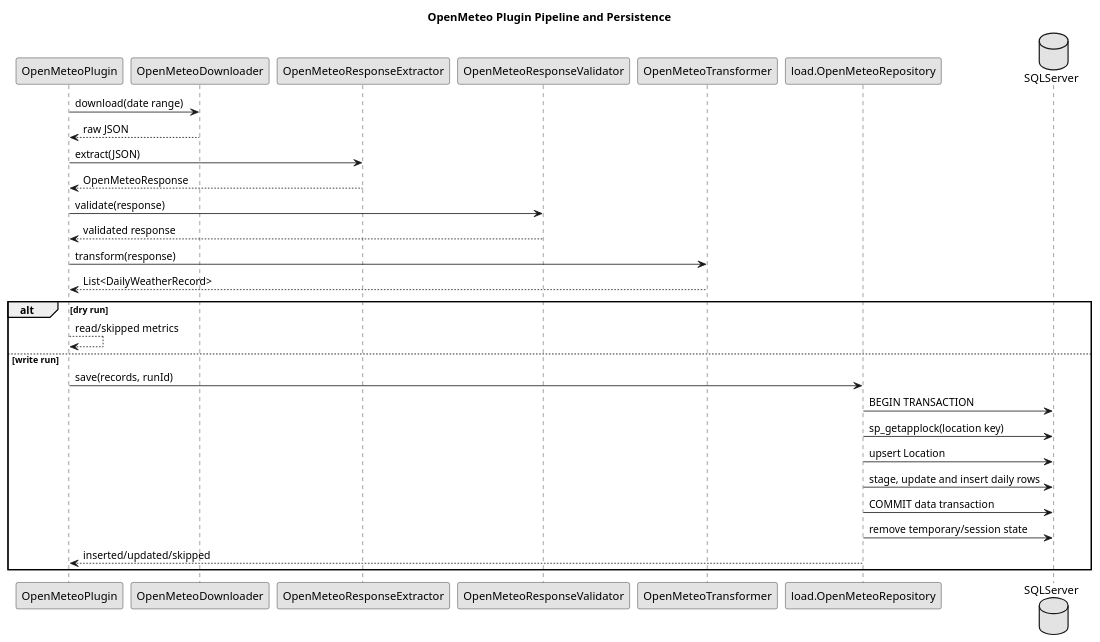
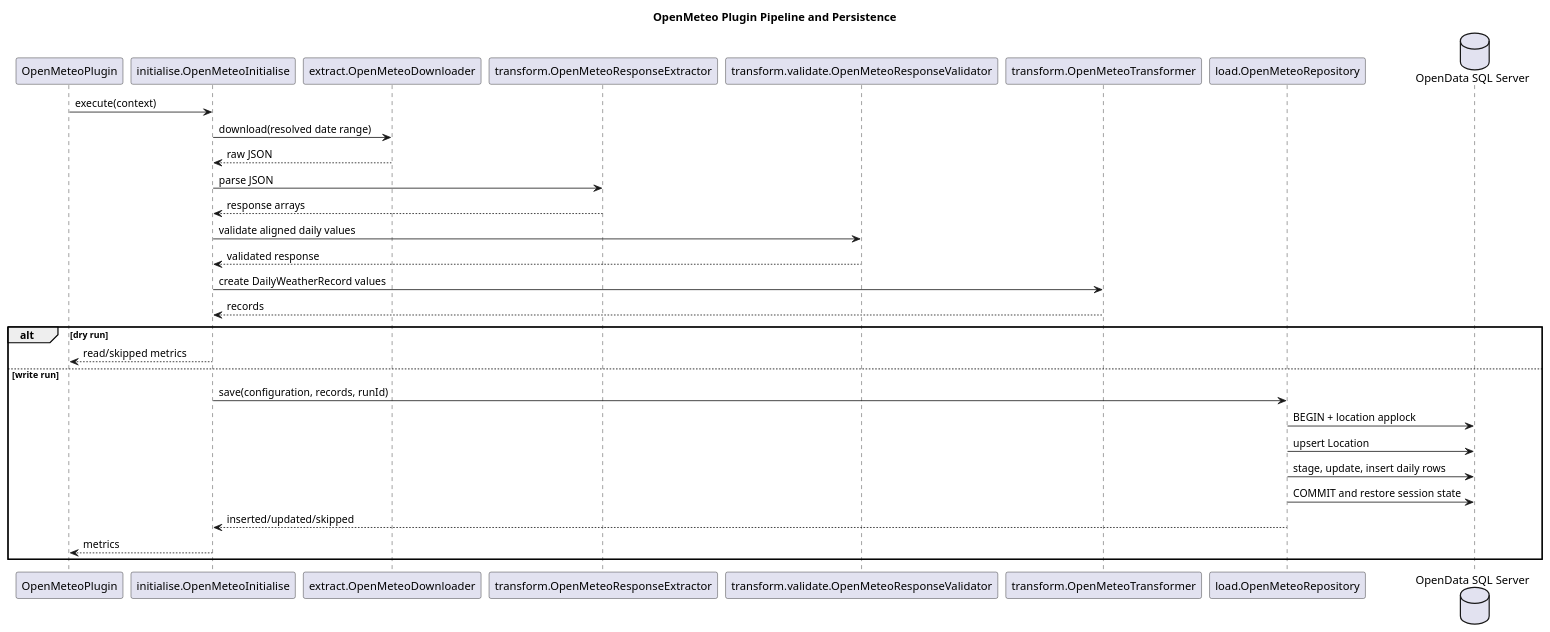
One commit to TerryCurranZellis/OpenData changed the diagram in docs/diagrams/source/openmeteo-persistence.puml. Above: the diagram before and after it, drawn with PlantUML. The commit also changed 46 other files, not shown here.

```diff
--- a/docs/diagrams/source/openmeteo-persistence.puml
+++ b/docs/diagrams/source/openmeteo-persistence.puml
@@ -1,32 +1,32 @@
 @startuml
-skinparam monochrome true
 title OpenMeteo Plugin Pipeline and Persistence
 participant OpenMeteoPlugin as Plugin
-participant OpenMeteoDownloader as Download
-participant OpenMeteoResponseExtractor as Extract
-participant OpenMeteoResponseValidator as Validate
-participant OpenMeteoTransformer as Transform
+participant "initialise.OpenMeteoInitialise" as Initialise
+participant "extract.OpenMeteoDownloader" as Download
+participant "transform.OpenMeteoResponseExtractor" as Extract
+participant "transform.validate.OpenMeteoResponseValidator" as Validate
+participant "transform.OpenMeteoTransformer" as Transform
 participant "load.OpenMeteoRepository" as Load
-database SQLServer
+database "OpenData SQL Server" as SQLServer
 
-Plugin -> Download : download(date range)
-Download --> Plugin : raw JSON
-Plugin -> Extract : extract(JSON)
-Extract --> Plugin : OpenMeteoResponse
-Plugin -> Validate : validate(response)
-Validate --> Plugin : validated response
-Plugin -> Transform : transform(response)
-Transform --> Plugin : List<DailyWeatherRecord>
+Plugin -> Initialise : execute(context)
+Initialise -> Download : download(resolved date range)
+Download --> Initialise : raw JSON
+Initialise -> Extract : parse JSON
+Extract --> Initialise : response arrays
+Initialise -> Validate : validate aligned daily values
+Validate --> Initialise : validated response
+Initialise -> Transform : create DailyWeatherRecord values
+Transform --> Initialise : records
 alt dry run
-  Plugin --> Plugin : read/skipped metrics
+  Initialise --> Plugin : read/skipped metrics
 else write run
-  Plugin -> Load : save(records, runId)
-  Load -> SQLServer : BEGIN TRANSACTION
-  Load -> SQLServer : sp_getapplock(location key)
+  Initialise -> Load : save(configuration, records, runId)
+  Load -> SQLServer : BEGIN + location applock
   Load -> SQLServer : upsert Location
-  Load -> SQLServer : stage, update and insert daily rows
-  Load -> SQLServer : COMMIT data transaction
-  Load -> SQLServer : remove temporary/session state
-  Load --> Plugin : inserted/updated/skipped
+  Load -> SQLServer : stage, update, insert daily rows
+  Load -> SQLServer : COMMIT and restore session state
+  Load --> Initialise : inserted/updated/skipped
+  Initialise --> Plugin : metrics
 end
 @enduml
```
